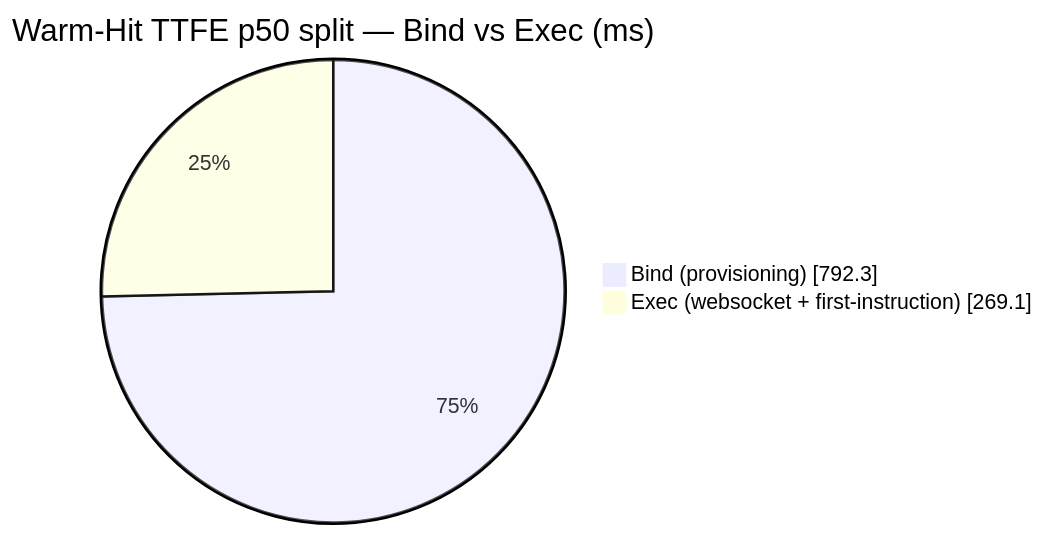
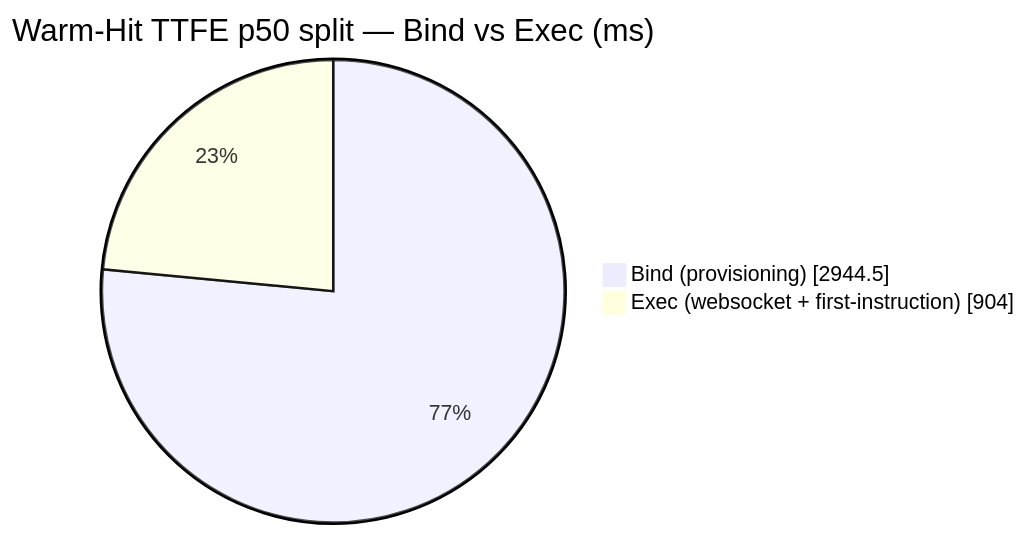
Before and after one commit to AlexBulankou/honest-bench: the diagram in DETAILS.md, drawn with Mermaid. The commit also changed other lines of this file and 3 other files, not shown here.

````diff
--- a/DETAILS.md
+++ b/DETAILS.md
@@ -60,6 +60,6 @@
 ```mermaid
 pie showData
     title Warm-Hit TTFE p50 split — Bind vs Exec (ms)
-    "Bind (provisioning)" : 792.3
-    "Exec (websocket + first-instruction)" : 269.1
+    "Bind (provisioning)" : 2944.5
+    "Exec (websocket + first-instruction)" : 904.0
 ```
````
